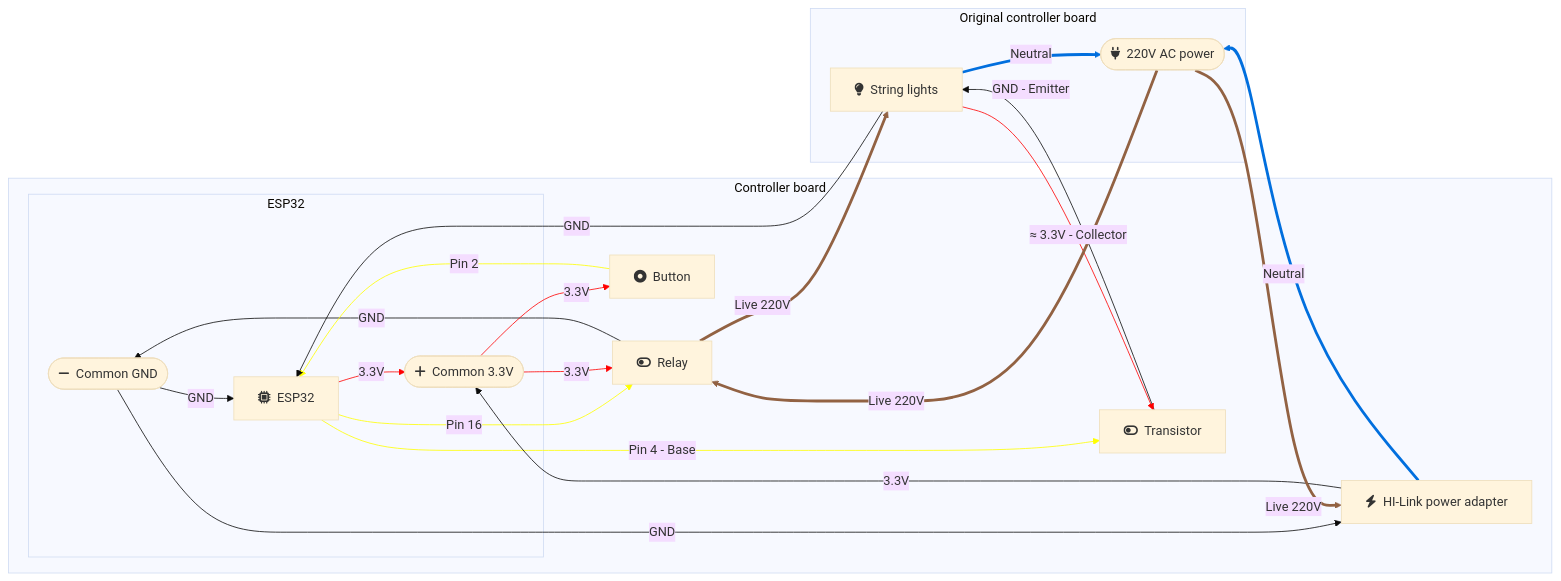
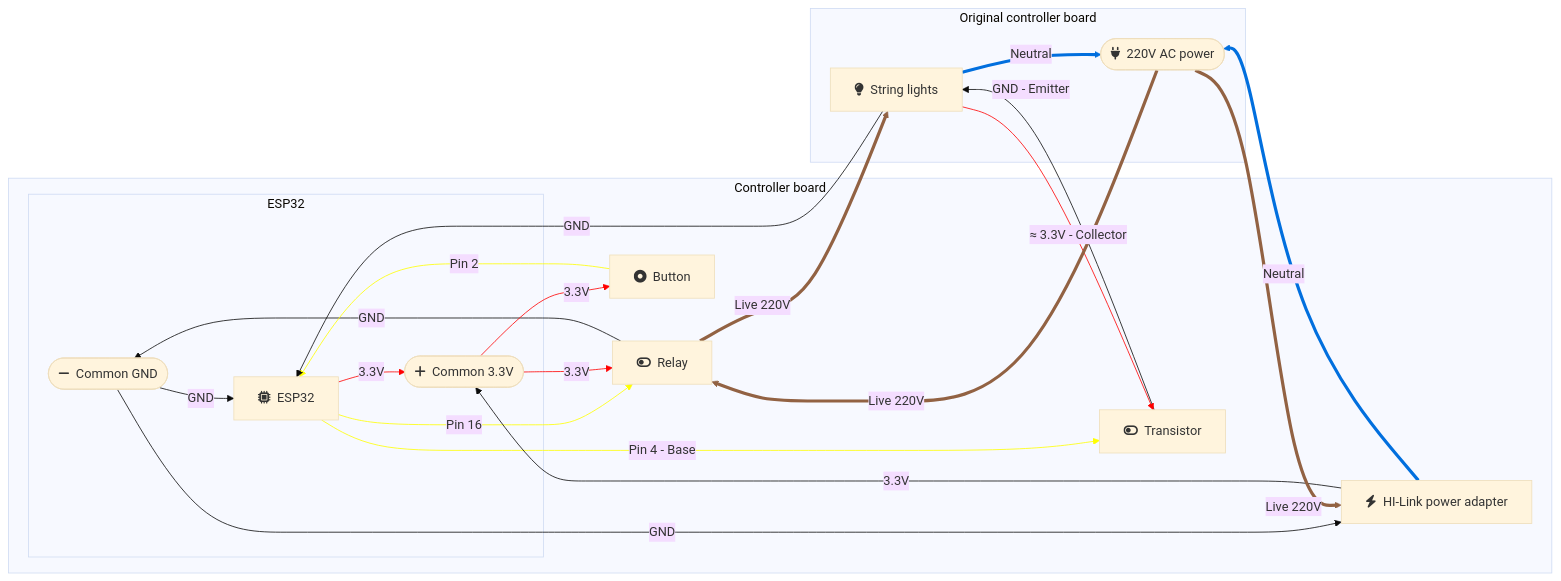
The diagram in README.md (BSoDium/esp-string-lights), drawn with Mermaid (base theme) before and after one commit.

Commit message:
docs: enhance wiring diagram in README with increased stroke width for better visibility

````diff
--- a/README.md
+++ b/README.md
@@ -23,43 +23,43 @@
 ```mermaid
 graph LR
     subgraph Controller board
       subgraph ESP32
         H([fa:fa-minus &nbsp;Common GND]) -->|GND| A[fa:fa-microchip &nbsp;ESP32]
         A -->|3.3V| I([fa:fa-plus &nbsp;Common 3.3V])
       end
 
       A -->|Pin 16| B[fa:fa-toggle-off &nbsp;Relay]
       B -->|GND| H
       I -->|3.3V| B
       C[fa:fa-circle-dot &nbsp;Button] -->|Pin 2| A
       I -->|3.3V| C
       A -->|Pin 4 - Base| D[fa:fa-toggle-off &nbsp;Transistor]
       G[fa:fa-bolt &nbsp;HI-Link power adapter] -->|3.3V| I
       H -->|GND| G
     end
 
     subgraph Original controller board
       D -->|GND - Emitter| E[fa:fa-lightbulb &nbsp;String lights]
       E -->|≈ 3.3V - Collector| D
       E -->|GND| A
 
       F([fa:fa-plug &nbsp;220V AC power]) ==>|Live 220V| B
       B ==>|Live 220V| E
       E ==>|Neutral| F
       F ==>|Live 220V| G
       G ==>|Neutral| F
     end
 
     linkStyle 1 stroke: red
     linkStyle 2 stroke: yellow
     linkStyle 4 stroke: red
     linkStyle 5 stroke: yellow
     linkStyle 6 stroke: red
     linkStyle 7 stroke: yellow
     linkStyle 11 stroke: red
-    linkStyle 13 stroke: #926243
-    linkStyle 14 stroke: #926243
-    linkStyle 15 stroke: #016FDE
-    linkStyle 16 stroke: #926243
-    linkStyle 17 stroke: #016FDE
+    linkStyle 13 stroke: #926243, stroke-width:4px
+    linkStyle 14 stroke: #926243, stroke-width:4px
+    linkStyle 15 stroke: #016FDE, stroke-width:4px
+    linkStyle 16 stroke: #926243, stroke-width:4px
+    linkStyle 17 stroke: #016FDE, stroke-width:4px
 ```
````
